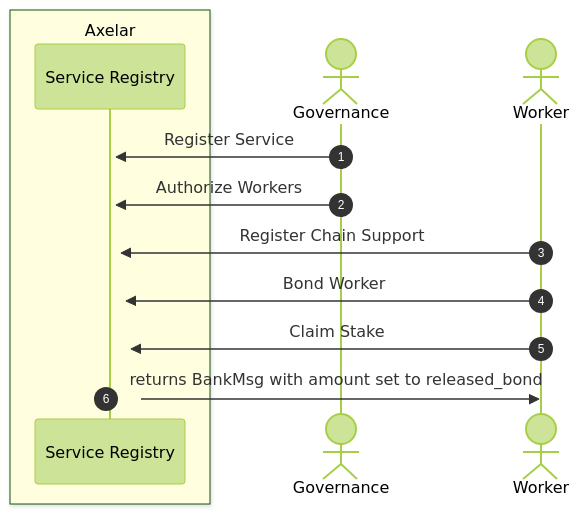
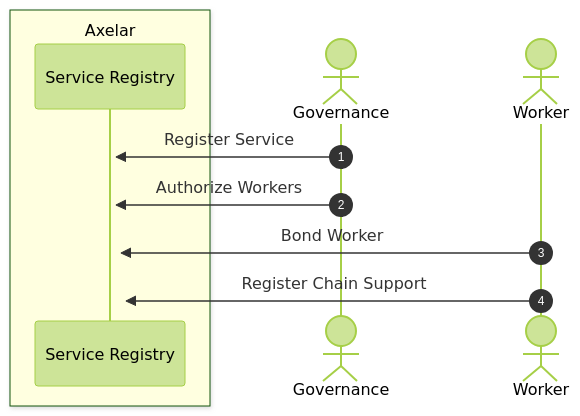
The second of 2 diagrams in doc/src/contracts/service_registry.md (axelarnetwork/axelar-amplifier), drawn with Mermaid (forest theme) before and after one commit. The commit also changed other lines of this file, not shown here.

Commit message:
doc: update service_registry.md based on reviews

````diff
--- a/doc/src/contracts/service_registry.md
+++ b/doc/src/contracts/service_registry.md
@@ -85,20 +95,16 @@
 ```mermaid
 sequenceDiagram
 autonumber
 box LightYellow Axelar
     participant Service Registry
 end
 actor Governance
 actor Worker
 
 Governance->>+Service Registry: Register Service
 Governance->>+Service Registry: Authorize Workers
 
+Worker->>+Service Registry: Bond Worker
+Worker->>+Service Registry: Register Chain Support
 
-Worker->>+Service Registry: Register Chain Support
-Worker->>+Service Registry: Bond Worker
-Worker->>+Service Registry: Claim Stake
-
-
-Service Registry->>Worker: returns BankMsg with amount set to released_bond
 ```
````
